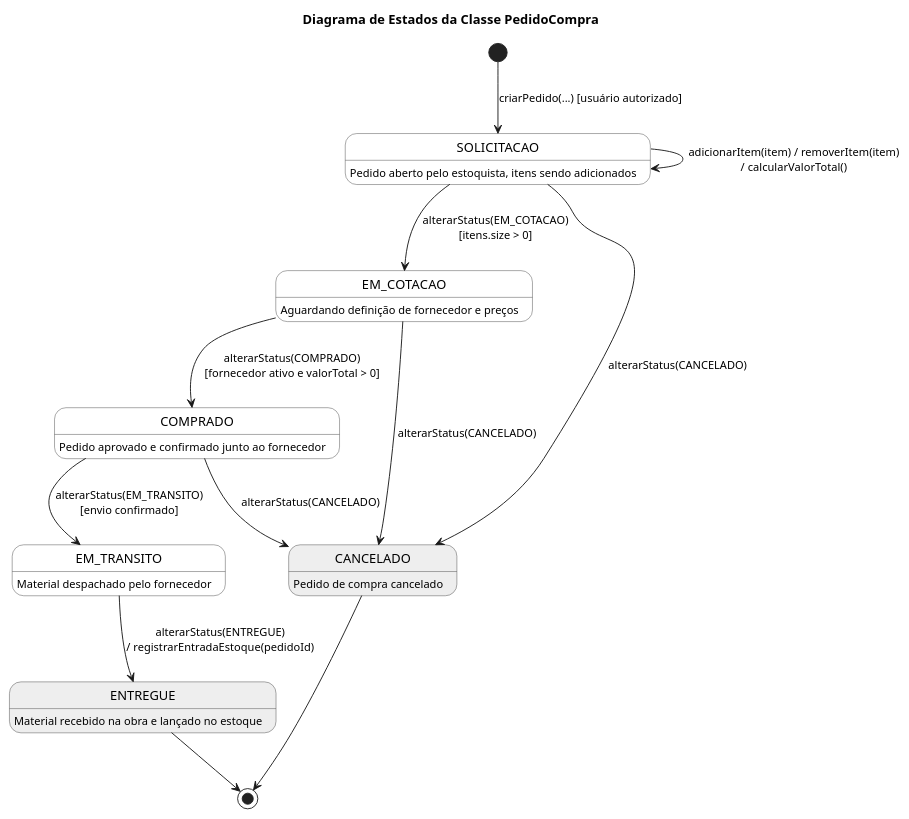
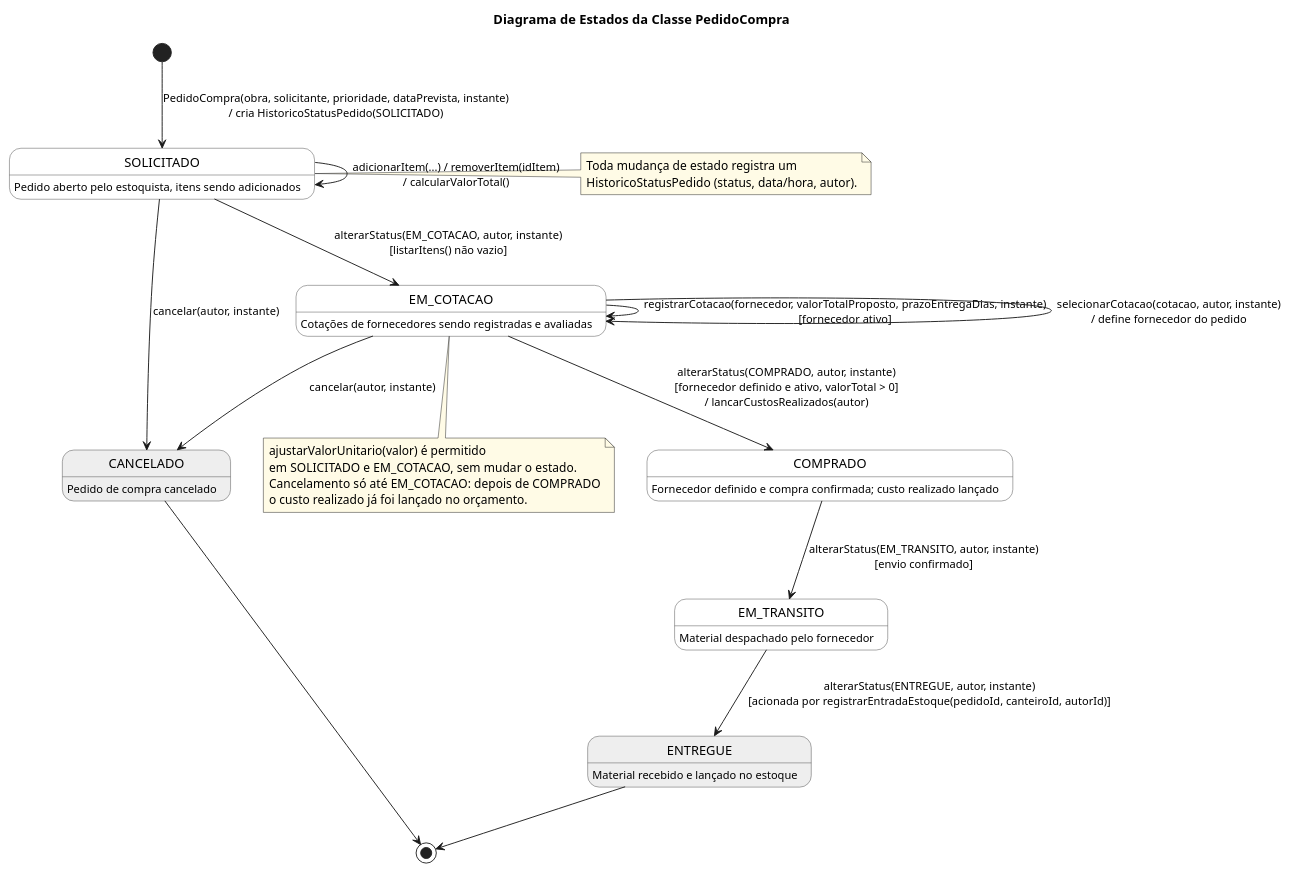
The diagram in Diagramas dinamicos/Modulo Compras e Fornecedores/pedidocompra-states.puml (bernardoanobrega/oBRAS), drawn with PlantUML before and after one commit. The commit also changed 5 other files, not shown here.

Commit message:
Atualização dos diagramas dos módulos de Compras e fornecedores

```diff
--- a/Diagramas dinamicos/Modulo Compras e Fornecedores/pedidocompra-states.puml
+++ b/Diagramas dinamicos/Modulo Compras e Fornecedores/pedidocompra-states.puml
@@ -1,37 +1,51 @@
 @startuml pedidocompra-states
 title Diagrama de Estados da Classe PedidoCompra
 
 skinparam state {
     BackgroundColor #FFFFFF
     BorderColor #444444
     BackgroundColor<<final>> #EEEEEE
 }
 skinparam ArrowFontSize 12
 skinparam NoteBackgroundColor #FFFBE6
 hide empty description
 
 ' ===== ESTADOS =====
-state SOLICITACAO : Pedido aberto pelo estoquista, itens sendo adicionados
-state EM_COTACAO : Aguardando definição de fornecedor e preços
-state COMPRADO : Pedido aprovado e confirmado junto ao fornecedor
+state SOLICITADO : Pedido aberto pelo estoquista, itens sendo adicionados
+state EM_COTACAO : Cotações de fornecedores sendo registradas e avaliadas
+state COMPRADO : Fornecedor definido e compra confirmada; custo realizado lançado
 state EM_TRANSITO : Material despachado pelo fornecedor
-state ENTREGUE <<final>> : Material recebido na obra e lançado no estoque
+state ENTREGUE <<final>> : Material recebido e lançado no estoque
 state CANCELADO <<final>> : Pedido de compra cancelado
 
 ' ===== TRANSIÇÕES =====
-[*] --> SOLICITACAO : criarPedido(...) [usuário autorizado]
+[*] --> SOLICITADO : PedidoCompra(obra, solicitante, prioridade, dataPrevista, instante)\n/ cria HistoricoStatusPedido(SOLICITADO)
 
-SOLICITACAO --> SOLICITACAO : adicionarItem(item) / removerItem(item)\n/ calcularValorTotal()
-SOLICITACAO --> EM_COTACAO : alterarStatus(EM_COTACAO)\n[itens.size > 0]
+SOLICITADO --> SOLICITADO : adicionarItem(...) / removerItem(idItem)\n/ calcularValorTotal()
+SOLICITADO --> EM_COTACAO : alterarStatus(EM_COTACAO, autor, instante)\n[listarItens() não vazio]
 
-EM_COTACAO --> COMPRADO : alterarStatus(COMPRADO)\n[fornecedor ativo e valorTotal > 0]
-COMPRADO --> EM_TRANSITO : alterarStatus(EM_TRANSITO)\n[envio confirmado]
-EM_TRANSITO --> ENTREGUE : alterarStatus(ENTREGUE)\n/ registrarEntradaEstoque(pedidoId)
+EM_COTACAO --> EM_COTACAO : registrarCotacao(fornecedor, valorTotalProposto, prazoEntregaDias, instante)\n[fornecedor ativo]
+EM_COTACAO --> EM_COTACAO : selecionarCotacao(cotacao, autor, instante)\n/ define fornecedor do pedido
+EM_COTACAO --> COMPRADO : alterarStatus(COMPRADO, autor, instante)\n[fornecedor definido e ativo, valorTotal > 0]\n/ lancarCustosRealizados(autor)
 
-SOLICITACAO --> CANCELADO : alterarStatus(CANCELADO)
-EM_COTACAO --> CANCELADO : alterarStatus(CANCELADO)
-COMPRADO --> CANCELADO : alterarStatus(CANCELADO)
+COMPRADO --> EM_TRANSITO : alterarStatus(EM_TRANSITO, autor, instante)\n[envio confirmado]
+EM_TRANSITO --> ENTREGUE : alterarStatus(ENTREGUE, autor, instante)\n[acionada por registrarEntradaEstoque(pedidoId, canteiroId, autorId)]
+
+SOLICITADO --> CANCELADO : cancelar(autor, instante)
+EM_COTACAO --> CANCELADO : cancelar(autor, instante)
 
 ENTREGUE --> [*]
 CANCELADO --> [*]
+
+note right of SOLICITADO
+  Toda mudança de estado registra um
+  HistoricoStatusPedido (status, data/hora, autor).
+end note
+
+note bottom of EM_COTACAO
+  ajustarValorUnitario(valor) é permitido
+  em SOLICITADO e EM_COTACAO, sem mudar o estado.
+  Cancelamento só até EM_COTACAO: depois de COMPRADO
+  o custo realizado já foi lançado no orçamento.
+end note
 @enduml
```
